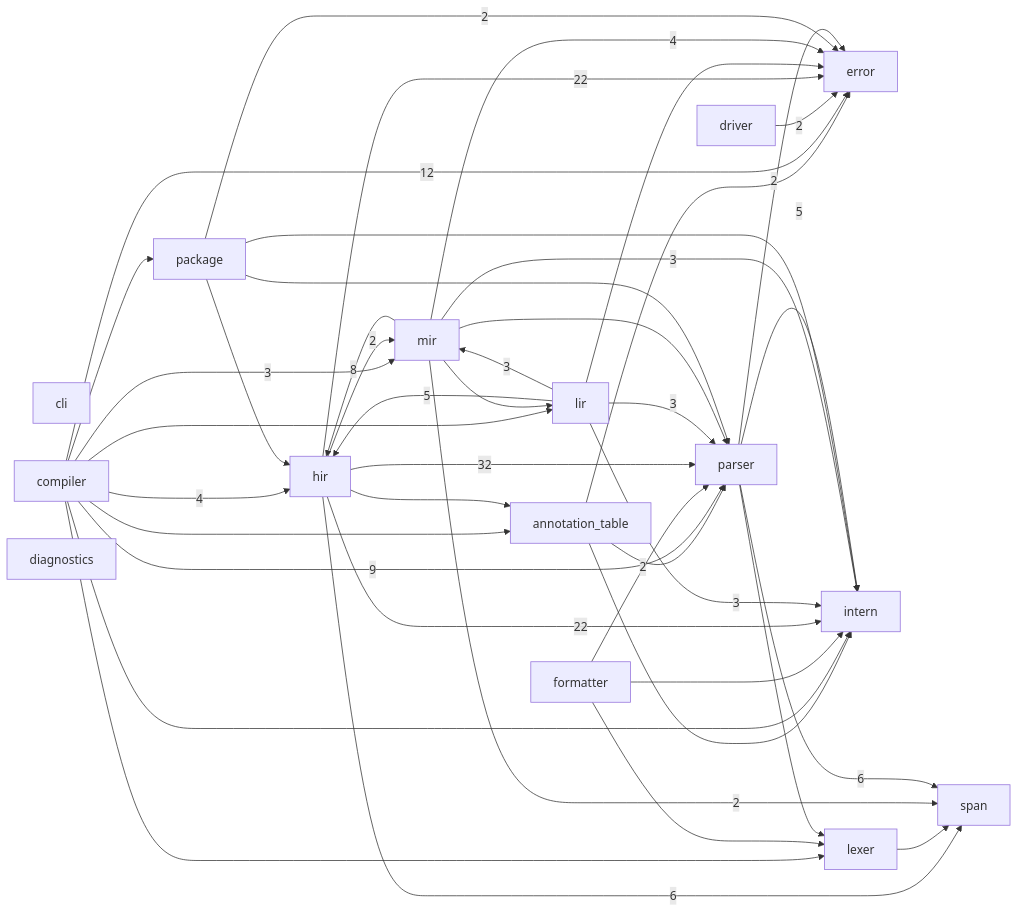
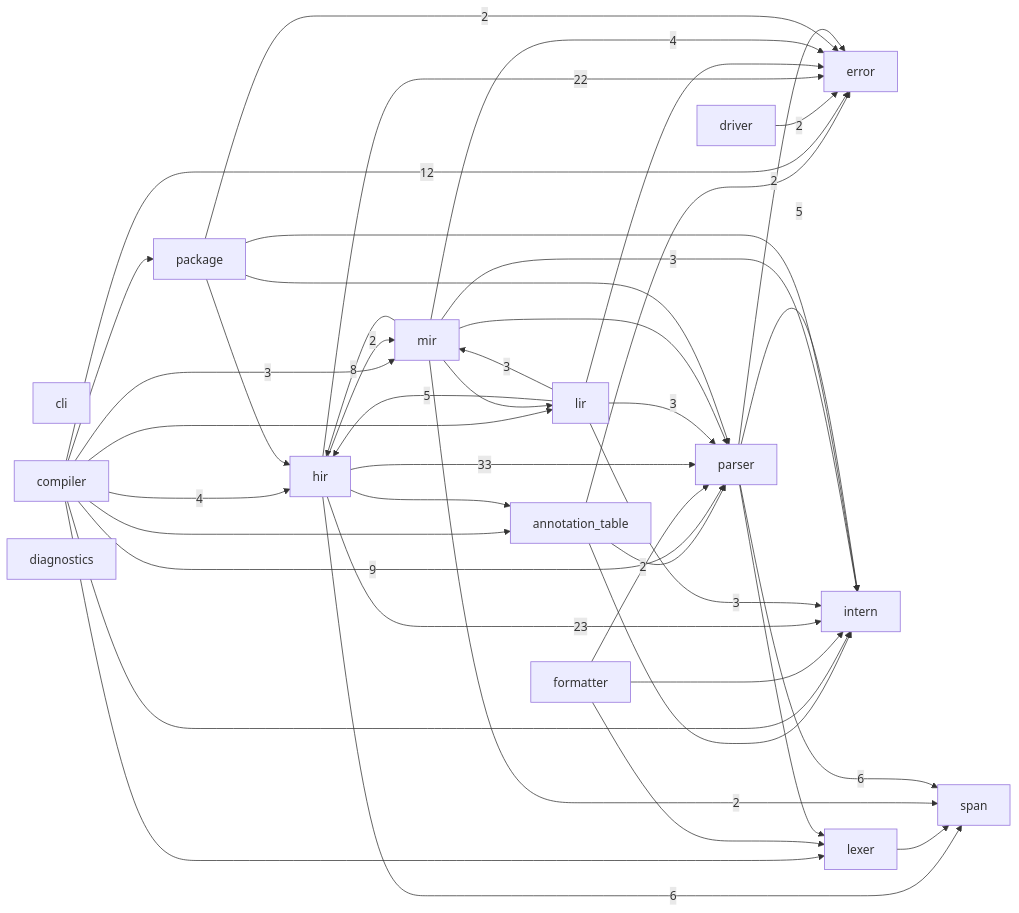
The diagram in docs/module-graph.md (ayanami1ei/Ayanami-language), drawn with Mermaid before and after one commit. The commit also changed other lines of this file and 11 other files, not shown here.

````diff
--- a/docs/module-graph.md
+++ b/docs/module-graph.md
@@ -6,60 +6,60 @@
 ```mermaid
 graph LR
     annotation_table
     cli
     compiler
     diagnostics
     driver
     error
     formatter
     hir
     intern
     lexer
     lir
     mir
     package
     parser
     span
     annotation_table --> error
     annotation_table --> intern
     annotation_table --> parser
     compiler --> annotation_table
     compiler -->|12| error
     compiler -->|4| hir
     compiler --> intern
     compiler --> lexer
     compiler --> lir
     compiler -->|3| mir
     compiler --> package
     compiler -->|9| parser
     driver -->|2| error
     formatter --> intern
     formatter --> lexer
     formatter -->|2| parser
     hir --> annotation_table
     hir -->|22| error
-    hir -->|22| intern
+    hir -->|23| intern
     hir -->|2| mir
-    hir -->|32| parser
+    hir -->|33| parser
     hir -->|6| span
     lexer --> span
     lir --> error
     lir -->|5| hir
     lir -->|3| intern
     lir -->|3| mir
     lir -->|3| parser
     mir -->|4| error
     mir -->|8| hir
     mir -->|3| intern
     mir --> lir
     mir --> parser
     mir -->|2| span
     package -->|2| error
     package --> hir
     package --> intern
     package --> parser
     parser -->|2| error
     parser -->|5| intern
     parser --> lexer
     parser -->|6| span
 ```
````
